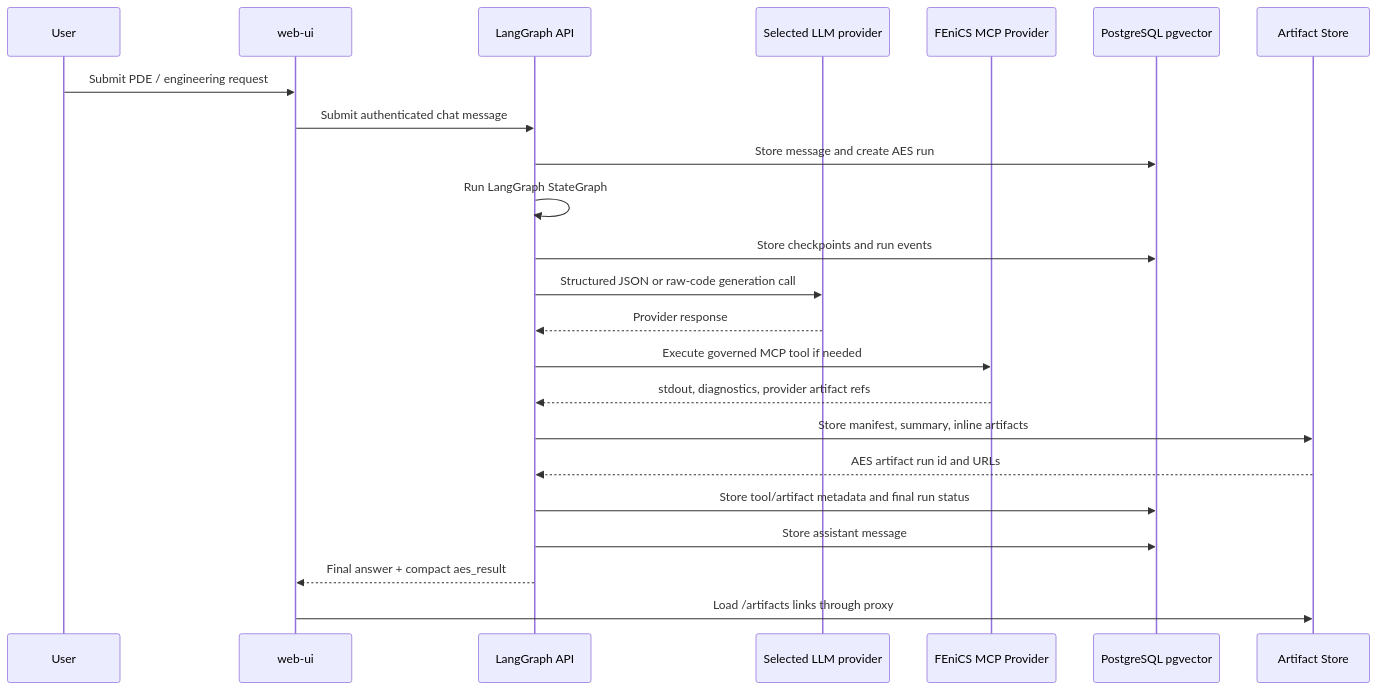
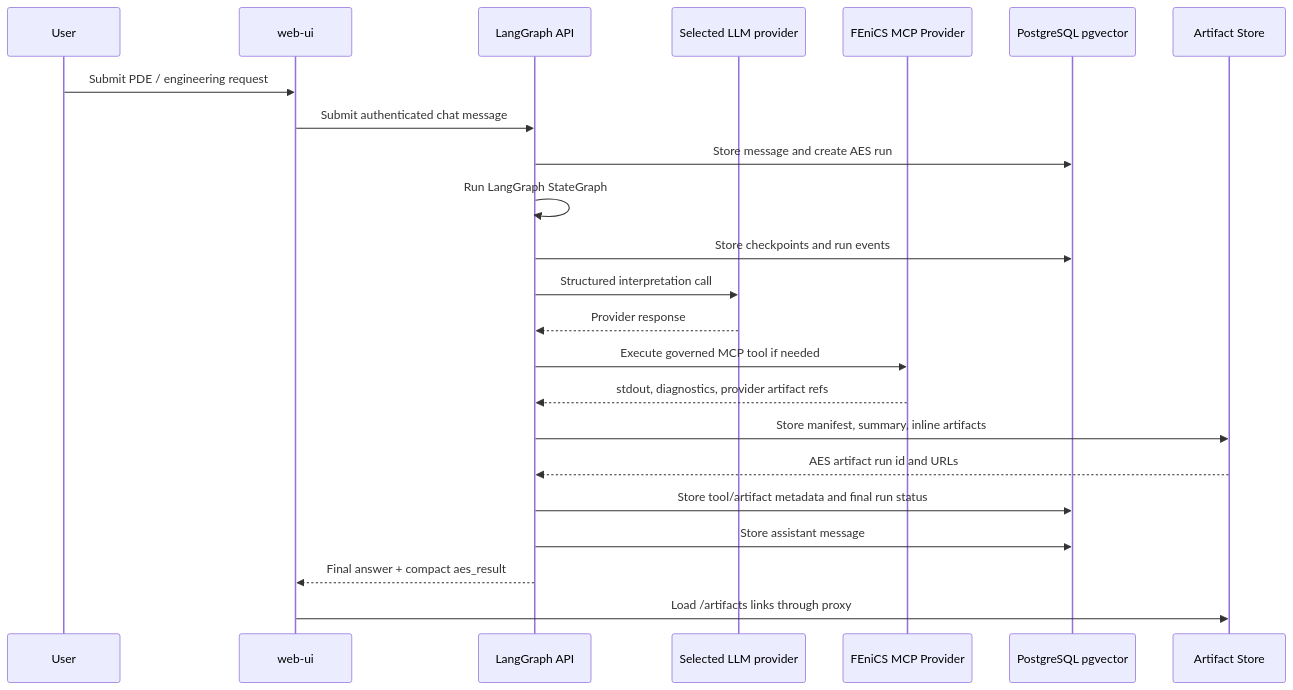
Before and after one commit to RadmirG/AES: the fourth of 10 diagrams in docs/architecture.md, drawn with Mermaid. The commit also changed other lines of this file and 60 other files, not shown here.

````diff
--- a/docs/architecture.md
+++ b/docs/architecture.md
@@ -108,26 +109,26 @@
 ```mermaid
 sequenceDiagram
     participant User
     participant UI as web-ui
     participant LG as LangGraph API
     participant Model as Selected LLM provider
     participant MCP as FEniCS MCP Provider
     participant DB as PostgreSQL pgvector
     participant Store as Artifact Store
 
     User->>UI: Submit PDE / engineering request
     UI->>LG: Submit authenticated chat message
     LG->>DB: Store message and create AES run
     LG->>LG: Run LangGraph StateGraph
     LG->>DB: Store checkpoints and run events
-    LG->>Model: Structured JSON or raw-code generation call
+    LG->>Model: Structured interpretation call
     Model-->>LG: Provider response
     LG->>MCP: Execute governed MCP tool if needed
     MCP-->>LG: stdout, diagnostics, provider artifact refs
     LG->>Store: Store manifest, summary, inline artifacts
     Store-->>LG: AES artifact run id and URLs
     LG->>DB: Store tool/artifact metadata and final run status
     LG->>DB: Store assistant message
     LG-->>UI: Final answer + compact aes_result
     UI->>Store: Load /artifacts links through proxy
 ```
````
